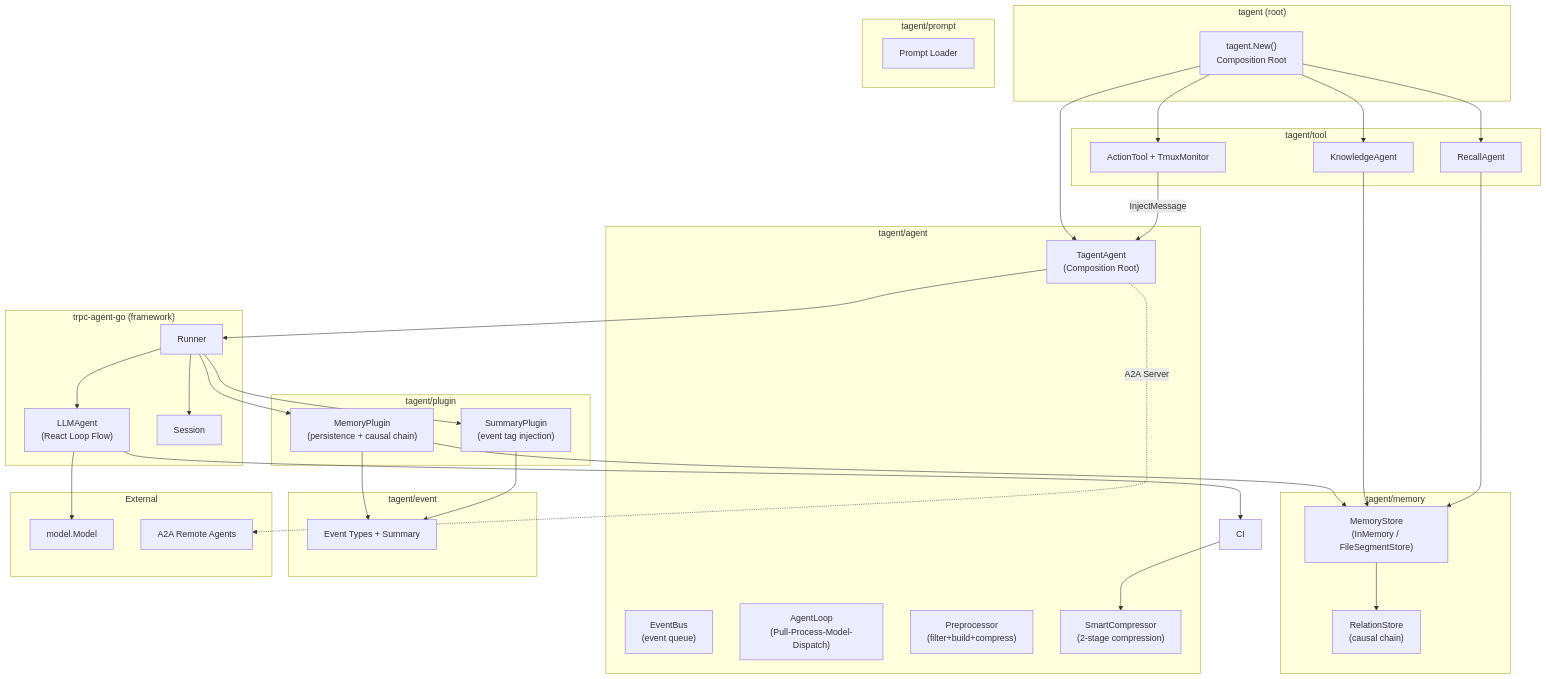
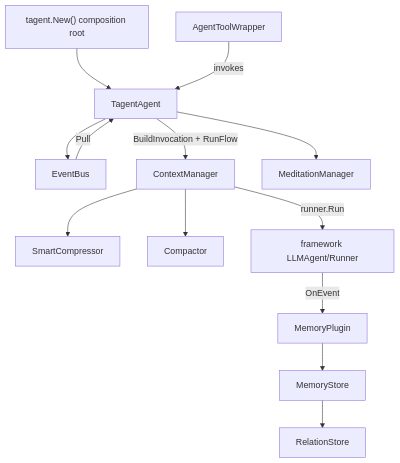
The fourth of 4 diagrams in README_EN.md (SpellingDragon/tagent), drawn with Mermaid before and after one commit. The commit also changed other lines of this file and 1 other file, not shown here.

First line of the commit message:
docs(readme): restructure for readability — features/scenario/samples first, diagrams over prose

````diff
--- a/README_EN.md
+++ b/README_EN.md
@@ -127,75 +173,27 @@
 ```mermaid
 graph TB
-    subgraph "tagent (root)"
-        NEW["tagent.New()<br/>Composition Root"]
-    end
+    ROOT["tagent.New() composition root"]
+    TA["TagentAgent"]
+    EB["EventBus"]
+    CM["ContextManager"]
+    SC["SmartCompressor"]
+    CP["Compactor"]
+    MM["MeditationManager"]
+    MP["MemoryPlugin"]
+    MS["MemoryStore"]
+    RS["RelationStore"]
+    ATW["AgentToolWrapper"]
 
-    subgraph "tagent/agent"
-        TA["TagentAgent<br/>(Composition Root)"]
-        EB["EventBus<br/>(event queue)"]
-        AL["AgentLoop<br/>(Pull-Process-Model-Dispatch)"]
-        PP["Preprocessor<br/>(filter+build+compress)"]
-        SC["SmartCompressor<br/>(2-stage compression)"]
-    end
-
-    subgraph "tagent/plugin"
-        MP["MemoryPlugin<br/>(persistence + causal chain)"]
-        SP["SummaryPlugin<br/>(event tag injection)"]
-    end
-
-    subgraph "tagent/memory"
-        MS["MemoryStore<br/>(InMemory / FileSegmentStore)"]
-        RS["RelationStore<br/>(causal chain)"]
-    end
-
-    subgraph "tagent/tool"
-        KA["KnowledgeAgent"]
-        RA["RecallAgent"]
-        CT["ActionTool + TmuxMonitor"]
-    end
-
-    subgraph "tagent/event"
-        ET["Event Types + Summary"]
-    end
-
-    subgraph "tagent/prompt"
-        PL["Prompt Loader"]
-    end
-
-    subgraph "trpc-agent-go (framework)"
-        RUN["Runner"]
-        LLMA["LLMAgent<br/>(React Loop Flow)"]
-        SESS["Session"]
-    end
-
-    subgraph "External"
-        LLM["model.Model"]
-        A2A["A2A Remote Agents"]
-    end
-
-    NEW --> TA
-    NEW --> KA
-    NEW --> RA
-    NEW --> CT
-
-    TA --> RUN
-    RUN --> LLMA
-    RUN --> SESS
-    RUN --> MP
-    RUN --> SP
-
-    LLMA --> CI
-    CI --> SC
-    LLMA --> LLM
-
+    ROOT --> TA
+    TA --> EB
+    EB -->|Pull| TA
+    TA -->|BuildInvocation + RunFlow| CM
+    CM --> SC
+    CM --> CP
+    CM -->|runner.Run| LLMAGENT["framework LLMAgent/Runner"]
+    LLMAGENT -->|OnEvent| MP
     MP --> MS
-    MP --> ET
-    SP --> ET
     MS --> RS
-
-    KA --> MS
-    RA --> MS
-    CT -->|InjectMessage| TA
-
-    TA -.->|A2A Server| A2A
+    ATW -->|invokes| TA
+    TA --> MM
 ```
````
